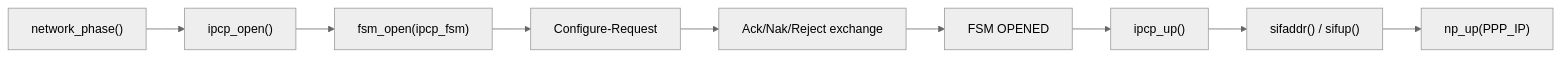
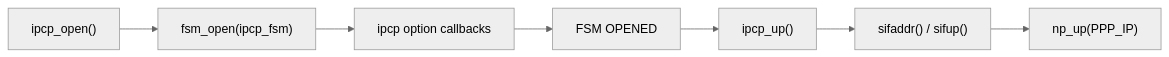
The fourth of 7 diagrams in docs/29-ppp-lcp-auth-ipcp-ipv6cp.md (wdfk-prog/lwIP-Source-Lab), drawn with Mermaid (neutral theme) before and after one commit. The commit also changed other lines of this file and 49 other files, not shown here.

````diff
--- a/docs/29-ppp-lcp-auth-ipcp-ipv6cp.md
+++ b/docs/29-ppp-lcp-auth-ipcp-ipv6cp.md
@@ -349,11 +424,9 @@
 ```mermaid
 flowchart LR
-    A["network_phase()"] --> B["ipcp_open()"]
-    B --> C["fsm_open(ipcp_fsm)"]
-    C --> D["Configure-Request"]
-    D --> E["Ack/Nak/Reject exchange"]
-    E --> F["FSM OPENED"]
-    F --> G["ipcp_up()"]
-    G --> H["sifaddr() / sifup()"]
-    H --> I["np_up(PPP_IP)"]
+    A["ipcp_open()"] --> B["fsm_open(ipcp_fsm)"]
+    B --> C["ipcp option callbacks"]
+    C --> D["FSM OPENED"]
+    D --> E["ipcp_up()"]
+    E --> F["sifaddr() / sifup()"]
+    F --> G["np_up(PPP_IP)"]
 ```
````
